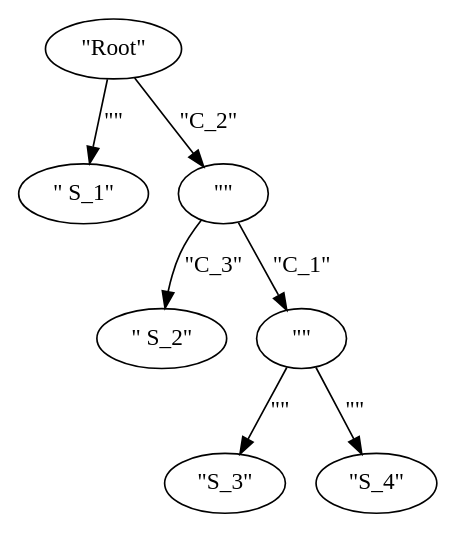
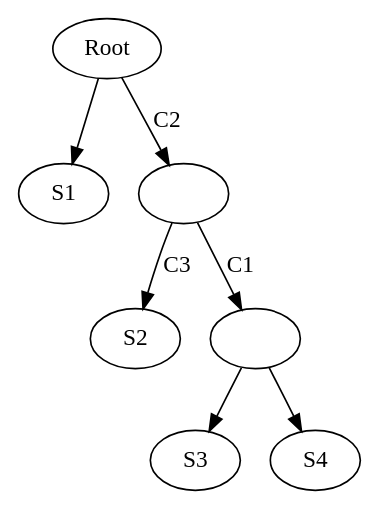
One commit to dlcgold/perfect-phylogeny-rs changed the diagram in output/bho.dot. Above: the diagram before and after it, drawn with Graphviz. The commit also changed 1 other file, not shown here.

```diff
--- a/output/bho.dot
+++ b/output/bho.dot
@@ -1,15 +1,15 @@
 digraph {
-    0 [ label = "\"Root\"" ]
-    1 [ label = "\" S_1\"" ]
-    2 [ label = "\"\"" ]
-    3 [ label = "\" S_2\"" ]
-    4 [ label = "\"\"" ]
-    5 [ label = "\"S_3\"" ]
-    6 [ label = "\"S_4\"" ]
-    0 -> 1 [ label = "\"\"" ]
-    0 -> 2 [ label = "\"C_2\"" ]
-    2 -> 3 [ label = "\"C_3\"" ]
-    2 -> 4 [ label = "\"C_1\"" ]
-    4 -> 5 [ label = "\"\"" ]
-    4 -> 6 [ label = "\"\"" ]
+    0 [ label ="Root"]
+    1 [ label ="S1"]
+    2 [ label =""]
+    3 [ label ="S2"]
+    4 [ label =""]
+    5 [ label ="S3"]
+    6 [ label ="S4"]
+    0 -> 1 [ label =""]
+    0 -> 2 [ label ="C2"]
+    2 -> 3 [ label ="C3"]
+    2 -> 4 [ label ="C1"]
+    4 -> 5 [ label =""]
+    4 -> 6 [ label =""]
 }
```
